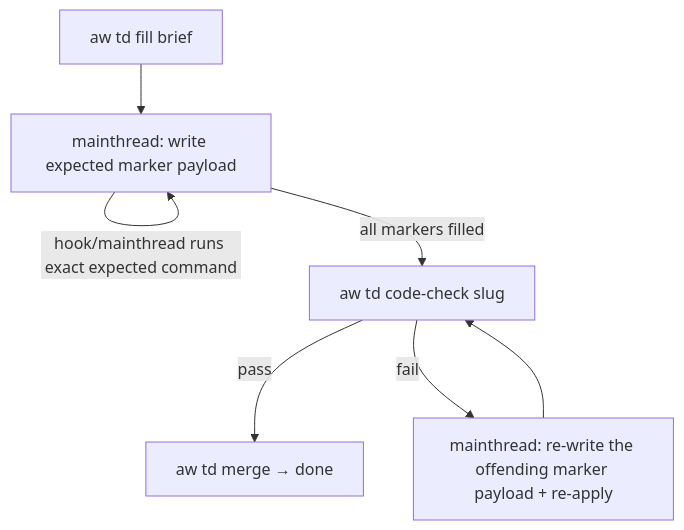
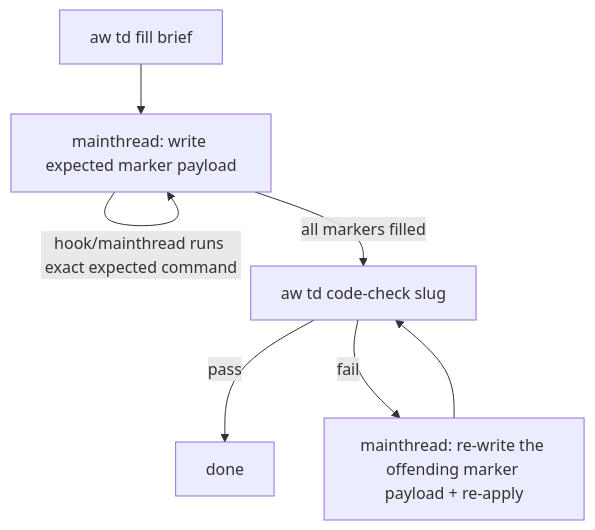
Before and after one commit to chrischeng-c4/axiom: the diagram in projects/agentic-workflow/templates/cli/mainthread/skills/aw-cb-fill/SKILL.md, drawn with Mermaid. The commit also changed other lines of this file and 65 other files, not shown here.

````diff
--- a/projects/agentic-workflow/templates/cli/mainthread/skills/aw-cb-fill/SKILL.md
+++ b/projects/agentic-workflow/templates/cli/mainthread/skills/aw-cb-fill/SKILL.md
@@ -42,9 +42,9 @@
 ```mermaid
 flowchart TD
     F[aw td fill brief] --> L[mainthread: write expected marker payload]
     L -->|"hook/mainthread runs exact expected command"| L
     L -->|"all markers filled"| G[aw td code-check slug]
-    G -- pass --> M[aw td merge → done]
+    G -- pass --> M[done]
     G -- fail --> ROLL[mainthread: re-write the offending marker payload + re-apply]
     ROLL --> G
 ```
````
